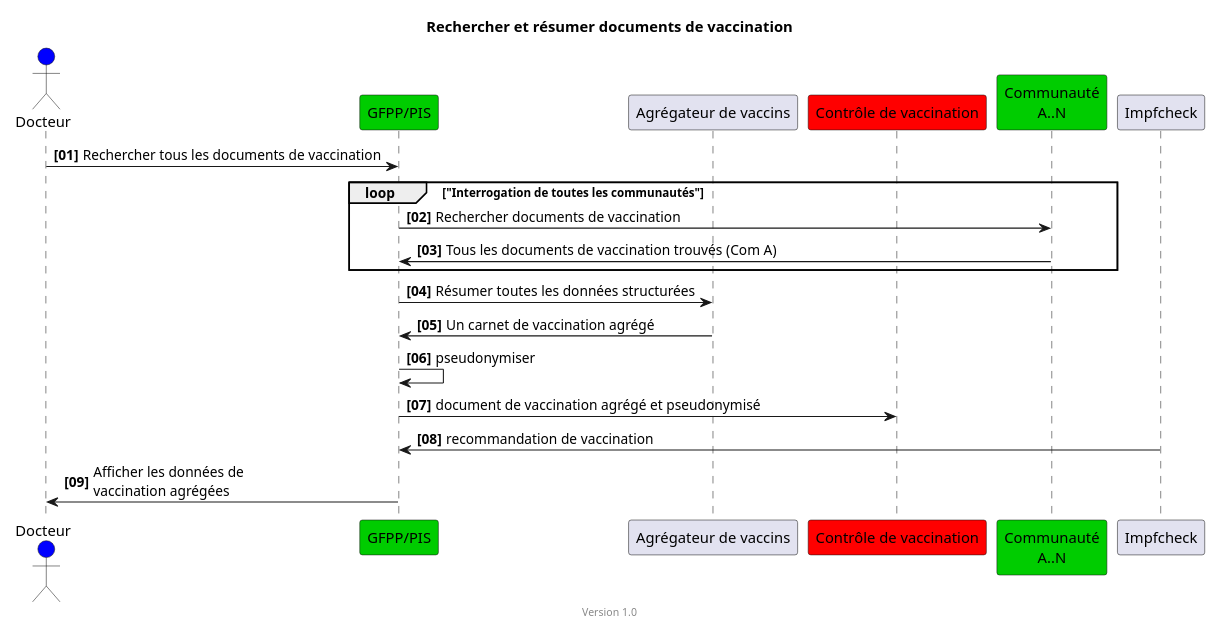
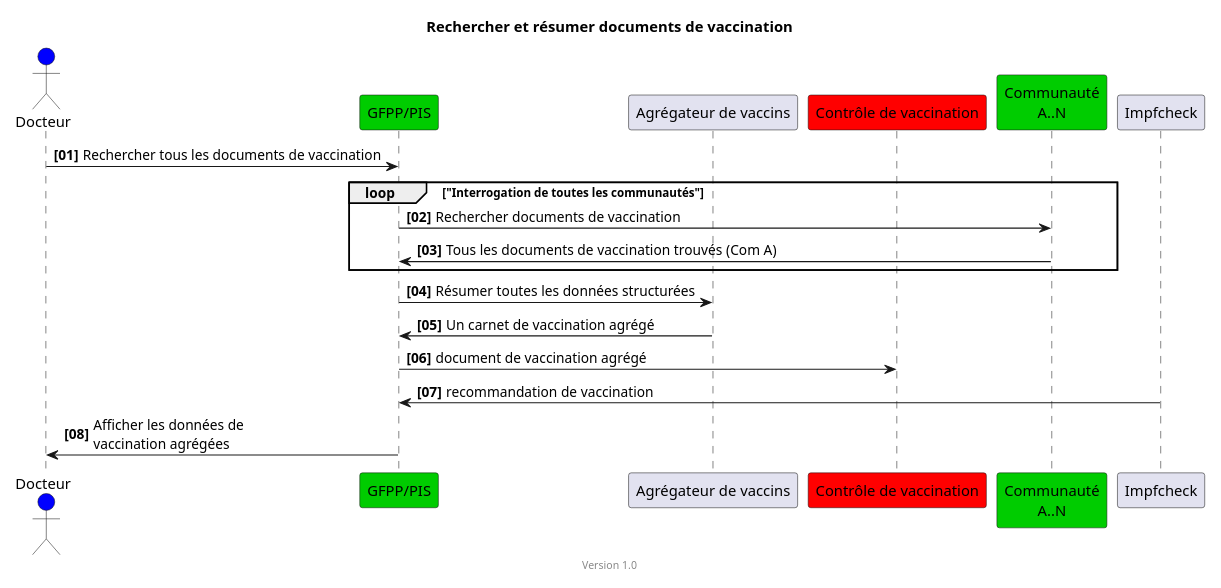
One commit to hl7ch/ch-vacd changed the diagram in input/images-source/epd-impfcheck-vaccination-docs-simple-fr.plantuml. Above: the diagram before and after it, drawn with PlantUML. The commit also changed 11 other files, not shown here.

Commit message:
#194 precise and fix the sequence diagrams. remove pseudonomise and change GFPP/PIS for patient to Portal

```diff
--- a/input/images-source/epd-impfcheck-vaccination-docs-simple-fr.plantuml
+++ b/input/images-source/epd-impfcheck-vaccination-docs-simple-fr.plantuml
@@ -1,27 +1,27 @@
 @startuml
 title Rechercher et résumer documents de vaccination
 footer Version 1.0
 skinparam responseMessageBelowArrow true
 scale max 800 width
 
 actor Docteur #blue
 participant "GFPP/PIS" #00CC00
 participant "Agrégateur de vaccins"
 participant "Contrôle de vaccination" #red
 
 participant "Communauté\nA..N" #00CC00
 
 autonumber "<b>[00]"
 Docteur -> "GFPP/PIS": Rechercher tous les documents de vaccination
 loop "Interrogation de toutes les communautés"
 "GFPP/PIS" -> "Communauté\nA..N": Rechercher documents de vaccination
 "Communauté\nA..N" -> "GFPP/PIS": Tous les documents de vaccination trouvés (Com A)
 end
 "GFPP/PIS" -> "Agrégateur de vaccins": Résumer toutes les données structurées
 "Agrégateur de vaccins" ->  "GFPP/PIS": Un carnet de vaccination agrégé
-"GFPP/PIS" -> "GFPP/PIS": pseudonymiser
-"GFPP/PIS" ->  "Contrôle de vaccination": document de vaccination agrégé et pseudonymisé
+' "GFPP/PIS" -> "GFPP/PIS": pseudonymiser
+"GFPP/PIS" ->  "Contrôle de vaccination": document de vaccination agrégé
 "Impfcheck" -> "GFPP/PIS": recommandation de vaccination
 "GFPP/PIS" -> Docteur: Afficher les données de\nvaccination agrégées
 
 @enduml
```
